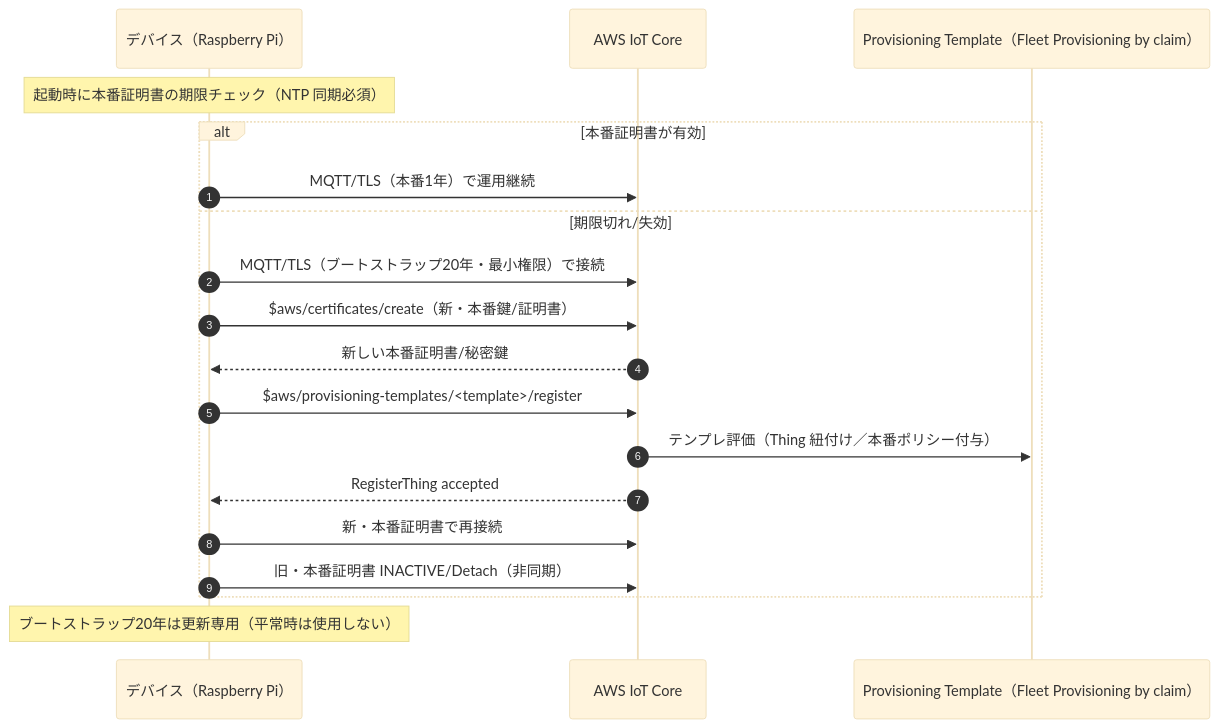
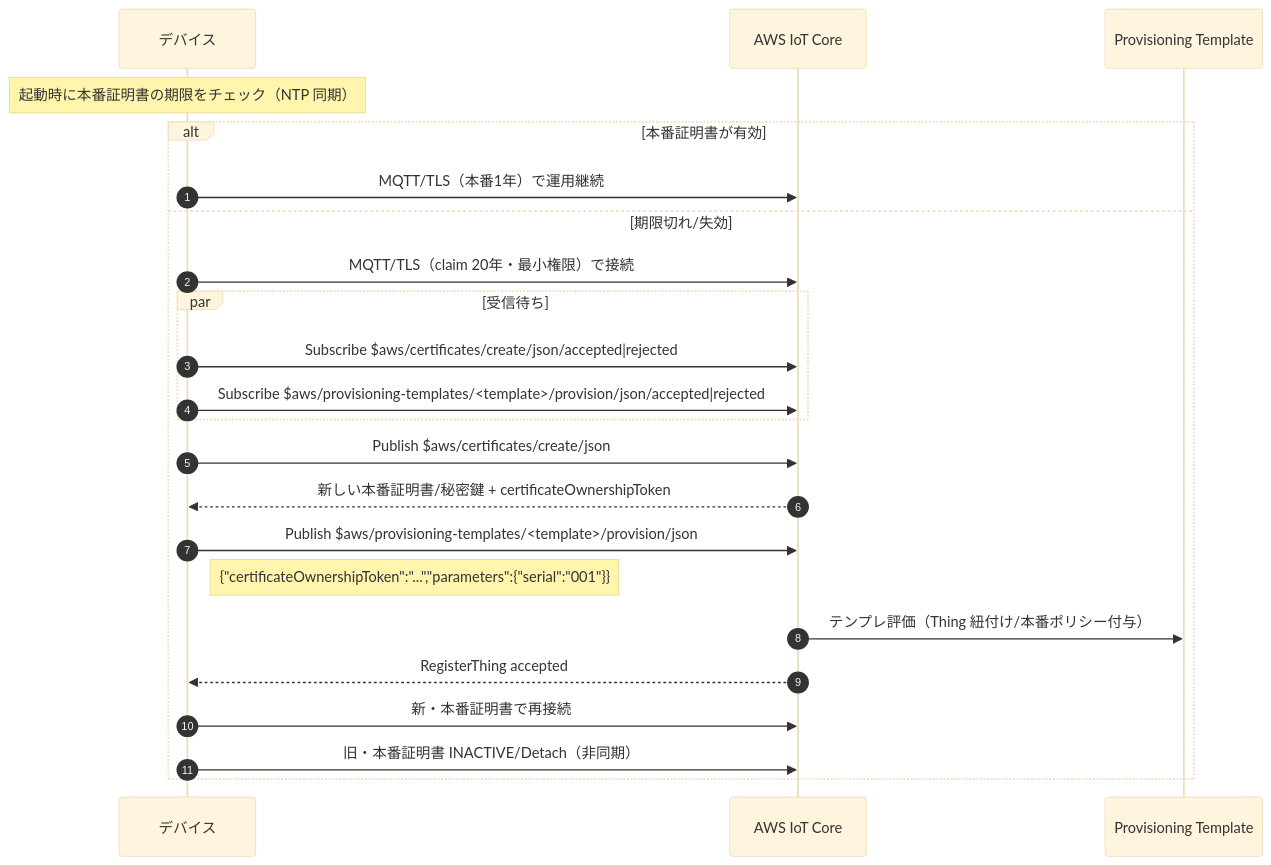
Before and after one commit to satorunnlg/iot-gateway-net: the fourth of 5 diagrams in README.md, drawn with Mermaid (base theme). The commit also changed other lines of this file, not shown here.

````diff
--- a/README.md
+++ b/README.md
@@ -172,23 +173,26 @@
 ```mermaid
 sequenceDiagram
-    autonumber
-    participant R as デバイス（Raspberry Pi）
-    participant IoT as AWS IoT Core
-    participant T as Provisioning Template（Fleet Provisioning by claim）
+  autonumber
+  participant R as デバイス
+  participant IoT as AWS IoT Core
+  participant T as Provisioning Template
 
-    Note over R: 起動時に本番証明書の期限チェック（NTP 同期必須）
-    alt 本番証明書が有効
-        R->>IoT: MQTT/TLS（本番1年）で運用継続
-    else 期限切れ/失効
-        R->>IoT: MQTT/TLS（ブートストラップ20年・最小権限）で接続
-        R->>IoT: $aws/certificates/create（新・本番鍵/証明書）
-        IoT-->>R: 新しい本番証明書/秘密鍵
-        R->>IoT: $aws/provisioning-templates/<template>/register
-        IoT->>T: テンプレ評価（Thing 紐付け／本番ポリシー付与）
-        IoT-->>R: RegisterThing accepted
-        R->>IoT: 新・本番証明書で再接続
-        R->>IoT: 旧・本番証明書 INACTIVE/Detach（非同期）
+  Note over R: 起動時に本番証明書の期限をチェック（NTP 同期）
+  alt 本番証明書が有効
+    R->>IoT: MQTT/TLS（本番1年）で運用継続
+  else 期限切れ/失効
+    R->>IoT: MQTT/TLS（claim 20年・最小権限）で接続
+    par 受信待ち
+      R->>IoT: Subscribe $aws/certificates/create/json/accepted|rejected
+      R->>IoT: Subscribe $aws/provisioning-templates/<template>/provision/json/accepted|rejected
     end
-
-    Note over R: ブートストラップ20年は更新専用（平常時は使用しない）
+    R->>IoT: Publish $aws/certificates/create/json
+    IoT-->>R: 新しい本番証明書/秘密鍵 + certificateOwnershipToken
+    R->>IoT: Publish $aws/provisioning-templates/<template>/provision/json
+    Note right of R: {"certificateOwnershipToken":"...","parameters":{"serial":"001"}}
+    IoT->>T: テンプレ評価（Thing 紐付け/本番ポリシー付与）
+    IoT-->>R: RegisterThing accepted
+    R->>IoT: 新・本番証明書で再接続
+    R->>IoT: 旧・本番証明書 INACTIVE/Detach（非同期）
+  end
 ```
````
